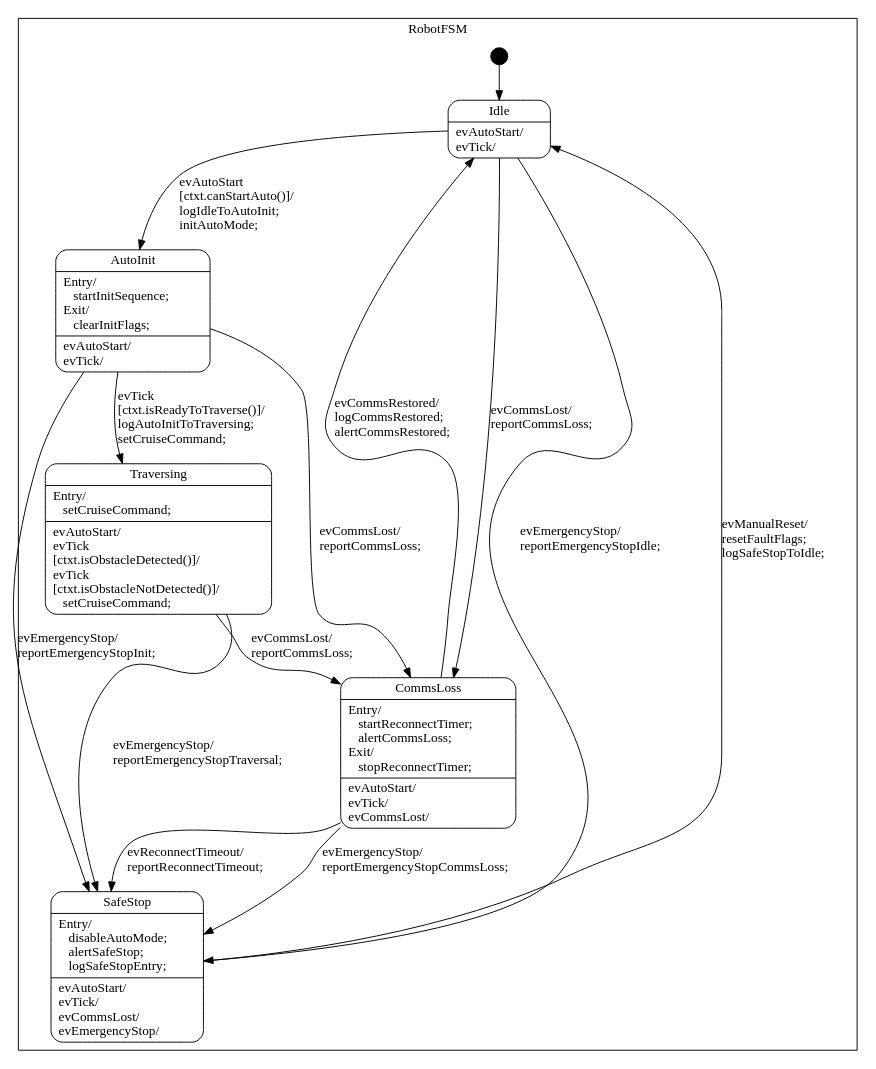
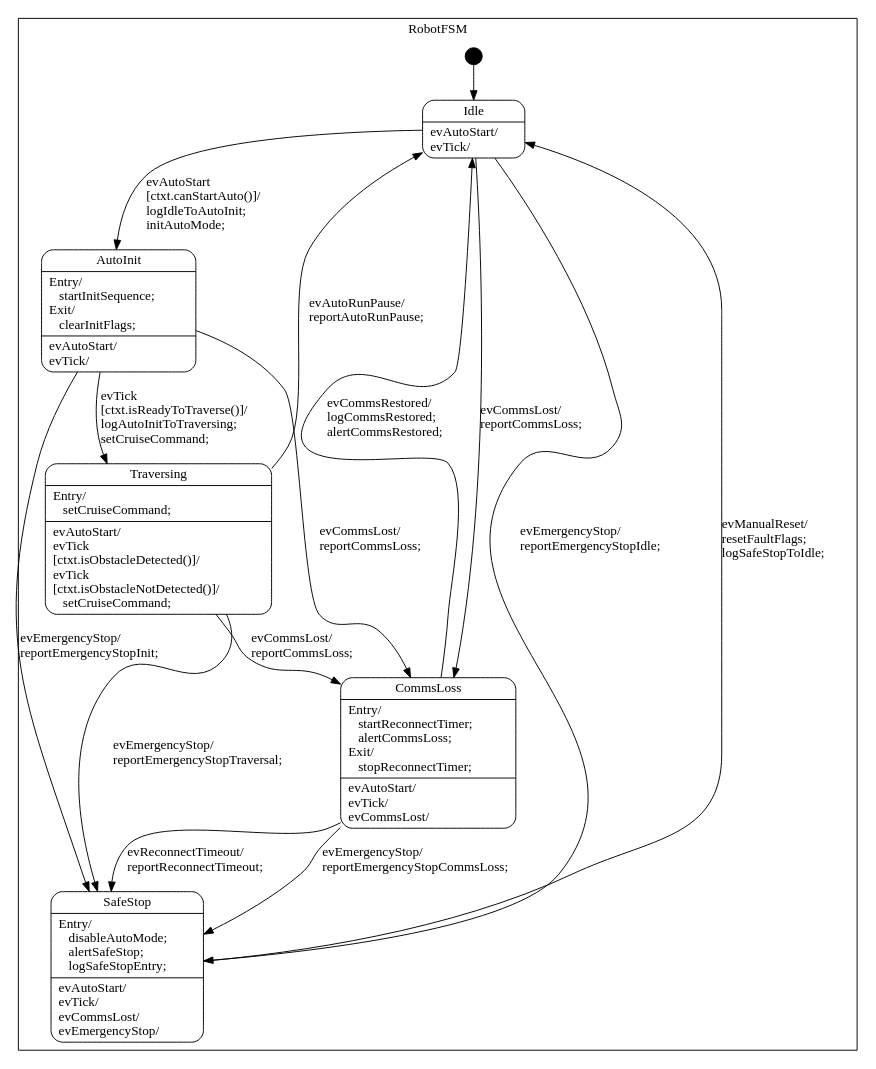
Before and after one commit to major173/b29_control: the diagram in b29_controllers/b29_smc_auto_controller/gen/RobotFSM_sm.dot, drawn with Graphviz. The commit also changed 12 other files, not shown here.

Commit message:
Add SMC evAutoRunPause.

```diff
--- a/b29_controllers/b29_smc_auto_controller/gen/RobotFSM_sm.dot
+++ b/b29_controllers/b29_smc_auto_controller/gen/RobotFSM_sm.dot
@@ -1,75 +1,78 @@
 digraph RobotFSM {
 
     node
         [shape=Mrecord width=1.5];
 
     subgraph cluster_RobotFSM {
 
         label="RobotFSM";
 
         //
         // States (Nodes)
         //
 
         "RobotFSM::Idle"
             [label="{Idle|evAutoStart/\levTick/\l}"];
 
         "RobotFSM::AutoInit"
             [label="{AutoInit|Entry/\l&nbsp;&nbsp;&nbsp;startInitSequence;\lExit/\l&nbsp;&nbsp;&nbsp;clearInitFlags;\l|evAutoStart/\levTick/\l}"];
 
         "RobotFSM::Traversing"
             [label="{Traversing|Entry/\l&nbsp;&nbsp;&nbsp;setCruiseCommand;\l|evAutoStart/\levTick\l\[ctxt.isObstacleDetected()\]/\levTick\l\[ctxt.isObstacleNotDetected()\]/\l&nbsp;&nbsp;&nbsp;setCruiseCommand;\l}"];
 
         "RobotFSM::CommsLoss"
             [label="{CommsLoss|Entry/\l&nbsp;&nbsp;&nbsp;startReconnectTimer;\l&nbsp;&nbsp;&nbsp;alertCommsLoss;\lExit/\l&nbsp;&nbsp;&nbsp;stopReconnectTimer;\l|evAutoStart/\levTick/\levCommsLost/\l}"];
 
         "RobotFSM::SafeStop"
             [label="{SafeStop|Entry/\l&nbsp;&nbsp;&nbsp;disableAutoMode;\l&nbsp;&nbsp;&nbsp;alertSafeStop;\l&nbsp;&nbsp;&nbsp;logSafeStopEntry;\l|evAutoStart/\levTick/\levCommsLost/\levEmergencyStop/\l}"];
 
         "%start"
             [label="" shape=circle style=filled fillcolor=black width=0.25];
 
         //
         // Transitions (Edges)
         //
 
         "RobotFSM::Idle" -> "RobotFSM::AutoInit"
             [label="evAutoStart\l\[ctxt.canStartAuto()\]/\llogIdleToAutoInit;\linitAutoMode;\l"];
 
         "RobotFSM::Idle" -> "RobotFSM::CommsLoss"
             [label="evCommsLost/\lreportCommsLoss;\l"];
 
         "RobotFSM::Idle" -> "RobotFSM::SafeStop"
             [label="evEmergencyStop/\lreportEmergencyStopIdle;\l"];
 
         "RobotFSM::AutoInit" -> "RobotFSM::Traversing"
             [label="evTick\l\[ctxt.isReadyToTraverse()\]/\llogAutoInitToTraversing;\lsetCruiseCommand;\l"];
 
         "RobotFSM::AutoInit" -> "RobotFSM::CommsLoss"
             [label="evCommsLost/\lreportCommsLoss;\l"];
 
         "RobotFSM::AutoInit" -> "RobotFSM::SafeStop"
             [label="evEmergencyStop/\lreportEmergencyStopInit;\l"];
 
+        "RobotFSM::Traversing" -> "RobotFSM::Idle"
+            [label="evAutoRunPause/\lreportAutoRunPause;\l"];
+
         "RobotFSM::Traversing" -> "RobotFSM::CommsLoss"
             [label="evCommsLost/\lreportCommsLoss;\l"];
 
         "RobotFSM::Traversing" -> "RobotFSM::SafeStop"
             [label="evEmergencyStop/\lreportEmergencyStopTraversal;\l"];
 
         "RobotFSM::CommsLoss" -> "RobotFSM::Idle"
             [label="evCommsRestored/\llogCommsRestored;\lalertCommsRestored;\l"];
 
         "RobotFSM::CommsLoss" -> "RobotFSM::SafeStop"
             [label="evReconnectTimeout/\lreportReconnectTimeout;\l"];
 
         "RobotFSM::CommsLoss" -> "RobotFSM::SafeStop"
             [label="evEmergencyStop/\lreportEmergencyStopCommsLoss;\l"];
 
         "RobotFSM::SafeStop" -> "RobotFSM::Idle"
             [label="evManualReset/\lresetFaultFlags;\llogSafeStopToIdle;\l"];
 
         "%start" -> "RobotFSM::Idle"
     }
 
 }
```
